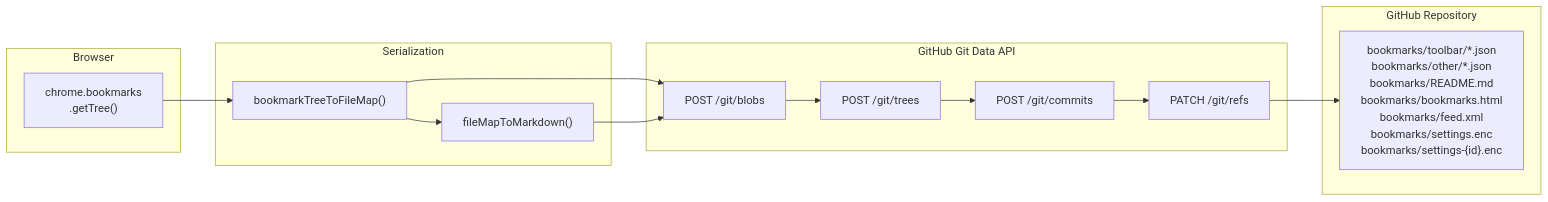
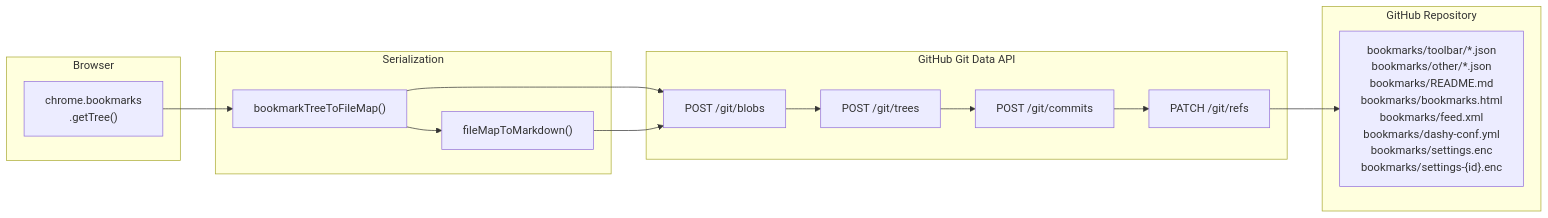
One commit to d0dg3r/GitSyncMarks changed the first of 2 diagrams in docs/DATA-FLOW.md. Above: the diagram before and after it, drawn with Mermaid. The commit also changed other lines of this file and 10 other files, not shown here.

````diff
--- a/docs/DATA-FLOW.md
+++ b/docs/DATA-FLOW.md
@@ -9,31 +9,31 @@
 ```mermaid
 flowchart LR
     subgraph Browser
         BM["chrome.bookmarks\n.getTree()"]
     end
 
     subgraph Serialization
         FM["bookmarkTreeToFileMap()"]
         MD["fileMapToMarkdown()"]
     end
 
     subgraph GitDataAPI["GitHub Git Data API"]
         Blobs["POST /git/blobs"]
         Tree["POST /git/trees"]
         Commit["POST /git/commits"]
         Ref["PATCH /git/refs"]
     end
 
     subgraph Repo["GitHub Repository"]
-        Files["bookmarks/toolbar/*.json\nbookmarks/other/*.json\nbookmarks/README.md\nbookmarks/bookmarks.html\nbookmarks/feed.xml\nbookmarks/settings.enc\nbookmarks/settings-{id}.enc"]
+        Files["bookmarks/toolbar/*.json\nbookmarks/other/*.json\nbookmarks/README.md\nbookmarks/bookmarks.html\nbookmarks/feed.xml\nbookmarks/dashy-conf.yml\nbookmarks/settings.enc\nbookmarks/settings-{id}.enc"]
     end
 
     BM --> FM
     FM --> MD
     FM --> Blobs
     MD --> Blobs
     Blobs --> Tree
     Tree --> Commit
     Commit --> Ref
     Ref --> Files
 ```
````
